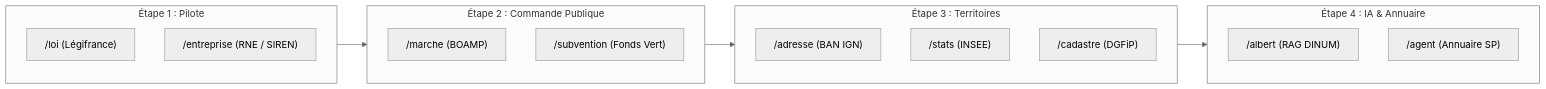
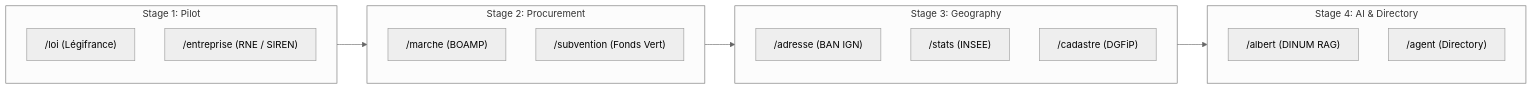
Before and after one commit to waxland/dinum-setup: the diagram in PR/02-docs-packages-souverains.md, drawn with Mermaid (neutral theme). The commit also changed other lines of this file and 77 other files, not shown here.

````diff
--- a/PR/02-docs-packages-souverains.md
+++ b/PR/02-docs-packages-souverains.md
@@ -39,25 +39,25 @@
 ```mermaid
 flowchart LR
-    subgraph Etape1["Étape 1 : Pilote"]
+    subgraph Stage1["Stage 1: Pilot"]
         Loi["/loi (Légifrance)"]
         Ent["/entreprise (RNE / SIREN)"]
     end
 
-    subgraph Etape2["Étape 2 : Commande Publique"]
+    subgraph Stage2["Stage 2: Procurement"]
         Marche["/marche (BOAMP)"]
         Subv["/subvention (Fonds Vert)"]
     end
 
-    subgraph Etape3["Étape 3 : Territoires"]
+    subgraph Stage3["Stage 3: Geography"]
         Adr["/adresse (BAN IGN)"]
         Stats["/stats (INSEE)"]
         Cad["/cadastre (DGFiP)"]
     end
 
-    subgraph Etape4["Étape 4 : IA & Annuaire"]
-        Alb["/albert (RAG DINUM)"]
-        Ag["/agent (Annuaire SP)"]
+    subgraph Stage4["Stage 4: AI & Directory"]
+        Alb["/albert (DINUM RAG)"]
+        Ag["/agent (Directory)"]
     end
 
-    Etape1 --> Etape2 --> Etape3 --> Etape4
+    Stage1 --> Stage2 --> Stage3 --> Stage4
 ```
````
